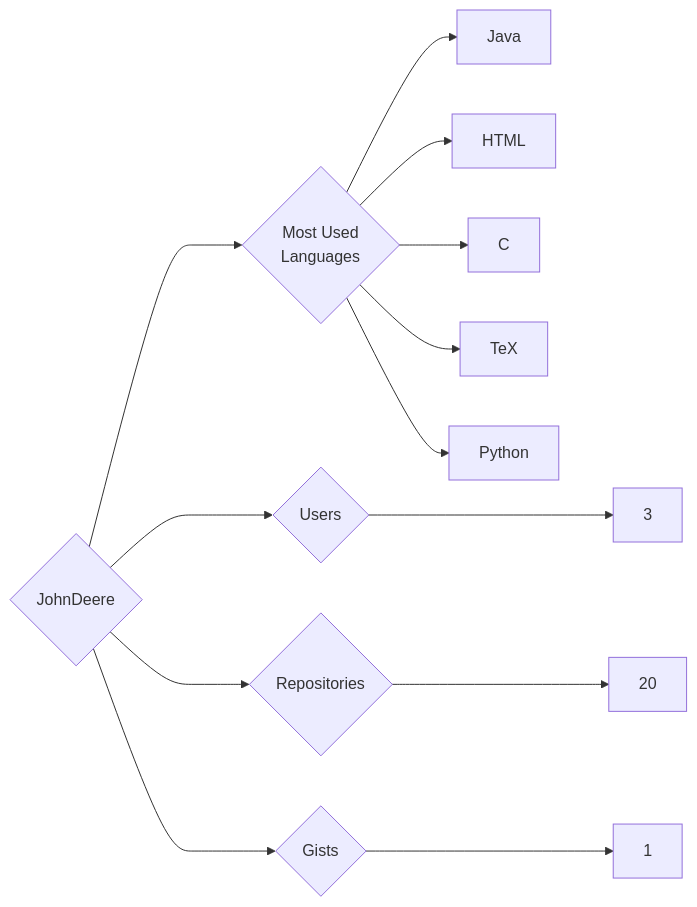
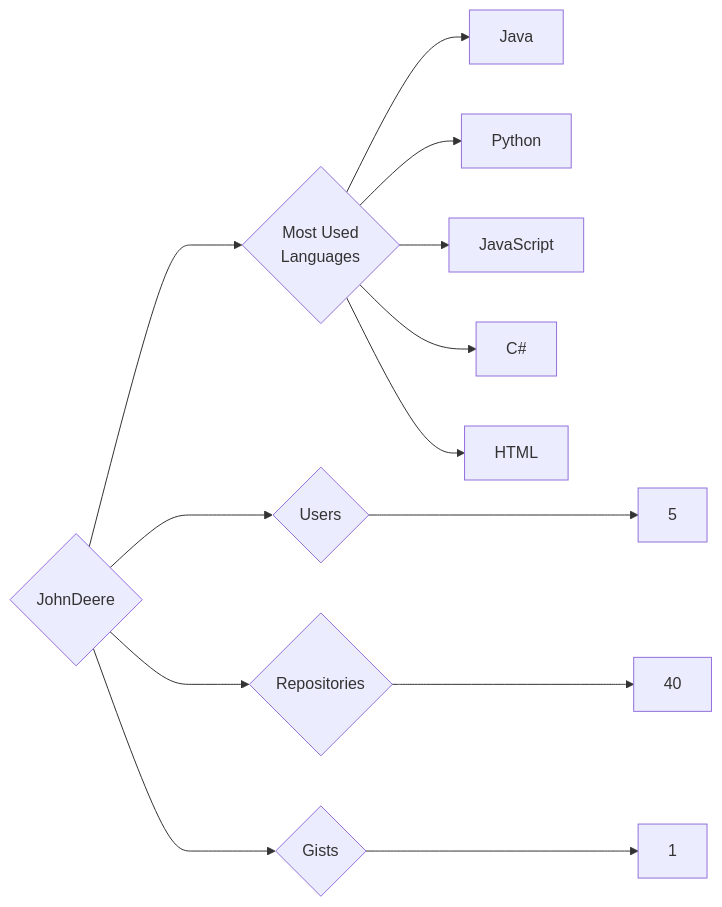
The diagram in targets/JohnDeere/README.md (trickest/insiders), drawn with Mermaid before and after one commit. The commit also changed 693 other files, not shown here.

````diff
--- a/targets/JohnDeere/README.md
+++ b/targets/JohnDeere/README.md
@@ -3,13 +3,13 @@
 ```mermaid
 graph LR
 COMPANY_NAME{JohnDeere}
-COMPANY_NAME ---> U{Users} ---> UN[3]
-COMPANY_NAME ---> R{Repositories} ---> RN[20]
+COMPANY_NAME ---> U{Users} ---> UN[5]
+COMPANY_NAME ---> R{Repositories} ---> RN[40]
 COMPANY_NAME ---> G{Gists} ---> GN[1]
 COMPANY_NAME ---> ML{Most Used<br>Languages}
 ML --> Java[Java]
+ML --> Python[Python]
+ML --> JavaScript[JavaScript]
+ML --> C#[C#]
 ML --> HTML[HTML]
-ML --> C[C]
-ML --> TeX[TeX]
-ML --> Python[Python]
 ```
````
